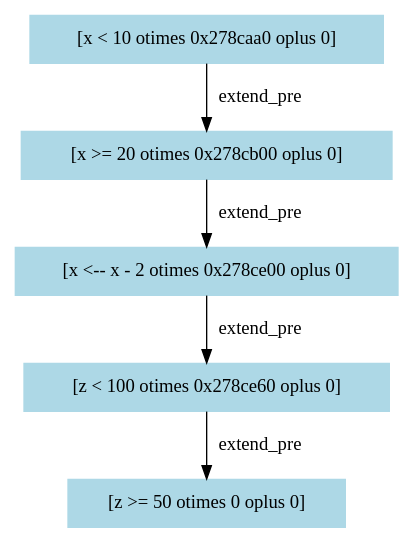
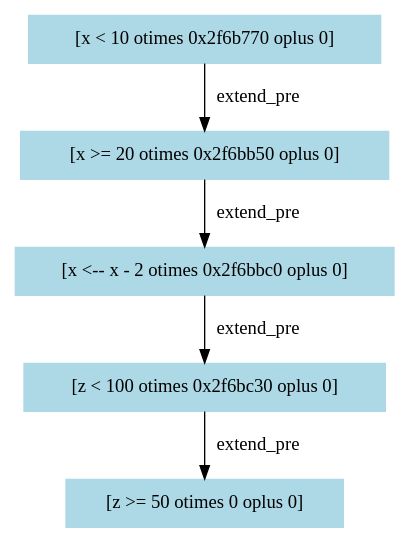
Before and after one commit to RangerBu/st-checker: the diagram in outputs/weights-graphs/16.dot, drawn with Graphviz. The commit also changed 64 other files, not shown here.

```diff
--- a/outputs/weights-graphs/16.dot
+++ b/outputs/weights-graphs/16.dot
@@ -1,11 +1,11 @@
 digraph "[x := 10]" {
-"0x278ca40" [label="[x < 10 otimes 0x278caa0 oplus 0]", color=lightblue,style=filled,shape=box]
-"0x278ca40" -> "0x278caa0" [label=extend_pre,color=black]
-"0x278caa0" [label="[x >= 20 otimes 0x278cb00 oplus 0]", color=lightblue,style=filled,shape=box]
-"0x278caa0" -> "0x278cb00" [label=extend_pre,color=black]
-"0x278cb00" [label="[x <-- x - 2 otimes 0x278ce00 oplus 0]", color=lightblue,style=filled,shape=box]
-"0x278cb00" -> "0x278ce00" [label=extend_pre,color=black]
-"0x278ce00" [label="[z < 100 otimes 0x278ce60 oplus 0]", color=lightblue,style=filled,shape=box]
-"0x278ce00" -> "0x278ce60" [label=extend_pre,color=black]
-"0x278ce60" [label="[z >= 50 otimes 0 oplus 0]", color=lightblue,style=filled,shape=box]
+"0x2f6b700" [label="[x < 10 otimes 0x2f6b770 oplus 0]", color=lightblue,style=filled,shape=box]
+"0x2f6b700" -> "0x2f6b770" [label=extend_pre,color=black]
+"0x2f6b770" [label="[x >= 20 otimes 0x2f6bb50 oplus 0]", color=lightblue,style=filled,shape=box]
+"0x2f6b770" -> "0x2f6bb50" [label=extend_pre,color=black]
+"0x2f6bb50" [label="[x <-- x - 2 otimes 0x2f6bbc0 oplus 0]", color=lightblue,style=filled,shape=box]
+"0x2f6bb50" -> "0x2f6bbc0" [label=extend_pre,color=black]
+"0x2f6bbc0" [label="[z < 100 otimes 0x2f6bc30 oplus 0]", color=lightblue,style=filled,shape=box]
+"0x2f6bbc0" -> "0x2f6bc30" [label=extend_pre,color=black]
+"0x2f6bc30" [label="[z >= 50 otimes 0 oplus 0]", color=lightblue,style=filled,shape=box]
 }
```
